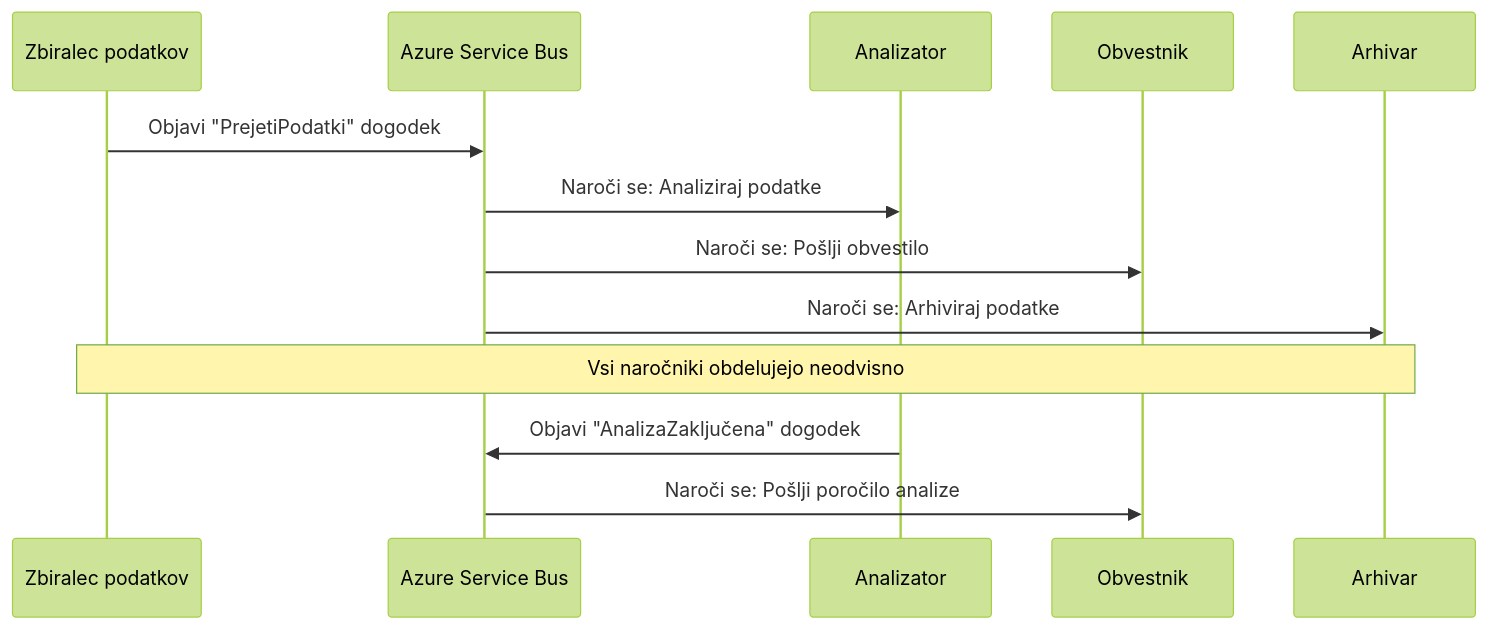
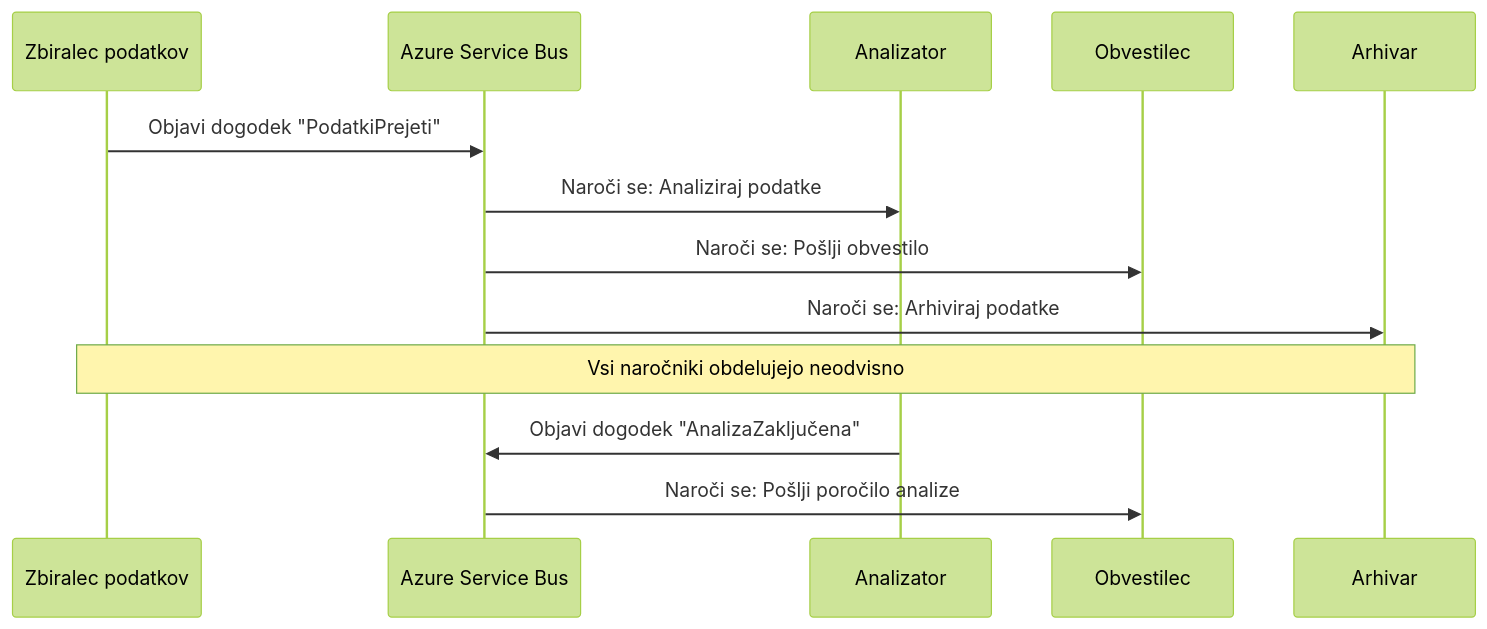
Before and after one commit to microsoft/AZD-for-beginners: the fourth of 6 diagrams in translations/sl/docs/chapter-06-pre-deployment/coordination-patterns.md, drawn with Mermaid (forest theme). The commit also changed other lines of this file and 101 other files, not shown here.

````diff
--- a/translations/sl/docs/chapter-06-pre-deployment/coordination-patterns.md
+++ b/translations/sl/docs/chapter-06-pre-deployment/coordination-patterns.md
@@ -191,18 +185,18 @@
 ```mermaid
 sequenceDiagram
     participant Agent1 as Zbiralec podatkov
     participant EventBus as Azure Service Bus
     participant Agent2 as Analizator
-    participant Agent3 as Obvestnik
+    participant Agent3 as Obvestilec
     participant Agent4 as Arhivar
     
-    Agent1->>EventBus: Objavi "PrejetiPodatki" dogodek
+    Agent1->>EventBus: Objavi dogodek "PodatkiPrejeti"
     EventBus->>Agent2: Naroči se: Analiziraj podatke
     EventBus->>Agent3: Naroči se: Pošlji obvestilo
     EventBus->>Agent4: Naroči se: Arhiviraj podatke
     
     Note over Agent1,Agent4: Vsi naročniki obdelujejo neodvisno
     
-    Agent2->>EventBus: Objavi "AnalizaZaključena" dogodek
+    Agent2->>EventBus: Objavi dogodek "AnalizaZaključena"
     EventBus->>Agent3: Naroči se: Pošlji poročilo analize
 ```
````
